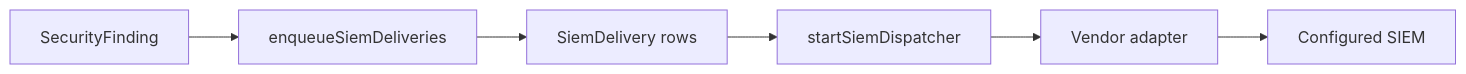
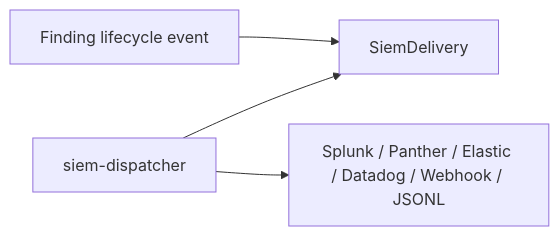
Before and after one commit to writer/Aperio: the diagram in droid-wiki/features/siem-delivery.md, drawn with Mermaid. The commit also changed other lines of this file and 31 other files, not shown here.

````diff
--- a/droid-wiki/features/siem-delivery.md
+++ b/droid-wiki/features/siem-delivery.md
@@ -30,8 +17,6 @@
 ```mermaid
 flowchart LR
-  Finding[SecurityFinding] --> Enqueue[enqueueSiemDeliveries]
-  Enqueue --> Outbox[SiemDelivery rows]
-  Outbox --> Drain[startSiemDispatcher]
-  Drain --> Adapter[Vendor adapter]
-  Adapter --> Target[Configured SIEM]
+  Finding[Finding lifecycle event] --> Outbox[SiemDelivery]
+  Dispatcher[siem-dispatcher] --> Outbox
+  Dispatcher --> Dest[Splunk / Panther / Elastic / Datadog / Webhook / JSONL]
 ```
````
